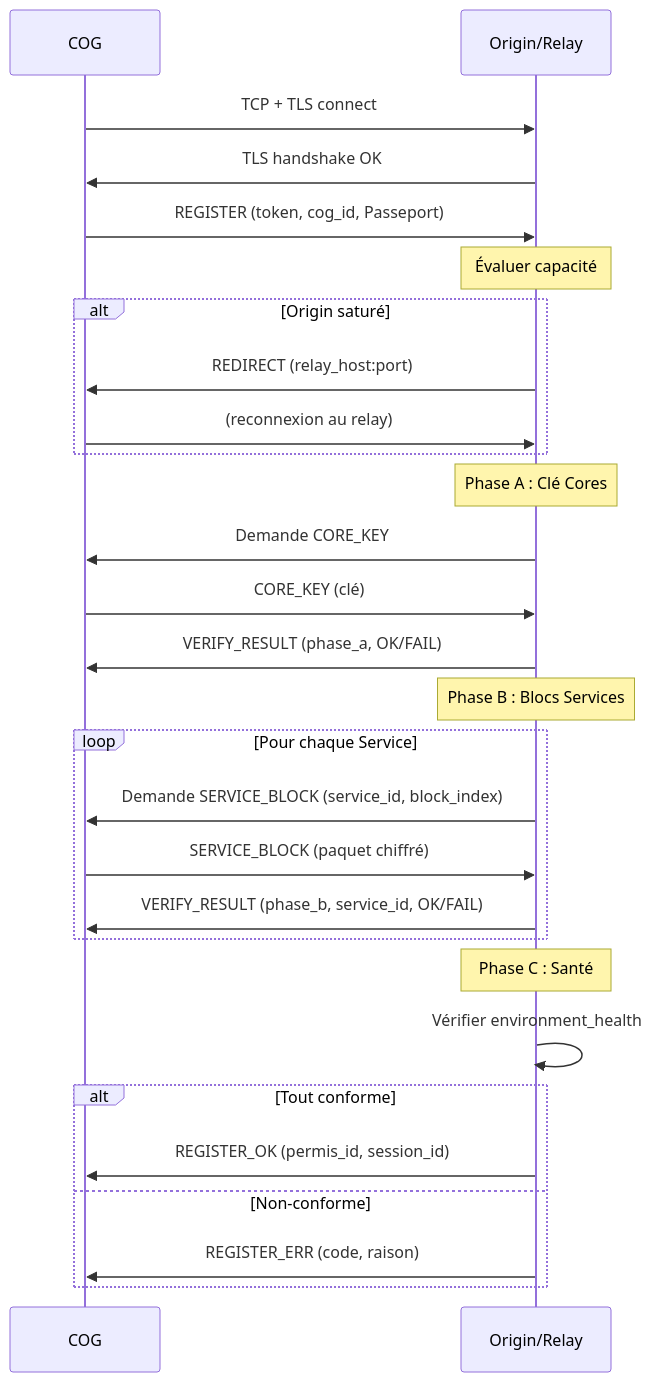
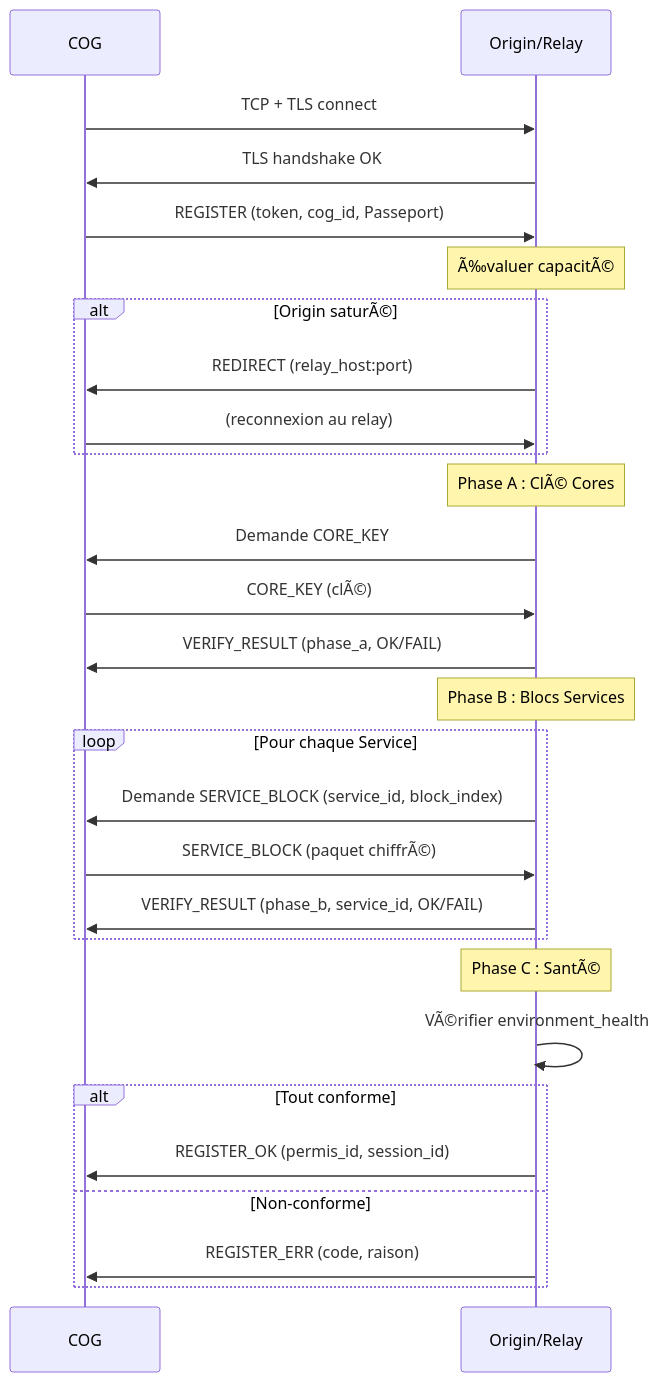
The diagram in docs/miyukini-webway-system/protocole/MWS - Protocole Relay.md (StudioMiyukini/miyukini_cog), drawn with Mermaid before and after one commit. The commit also changed other lines of this file and 1287 other files, not shown here.

````diff
--- a/docs/miyukini-webway-system/protocole/MWS - Protocole Relay.md
+++ b/docs/miyukini-webway-system/protocole/MWS - Protocole Relay.md
@@ -99,36 +99,36 @@
 ```mermaid
 sequenceDiagram
     participant COG as COG
     participant O as Origin/Relay
 
     COG->>O: TCP + TLS connect
     O->>COG: TLS handshake OK
 
     COG->>O: REGISTER (token, cog_id, Passeport)
-    Note over O: Évaluer capacité
-    alt Origin saturé
+    Note over O: Ã‰valuer capacitÃ©
+    alt Origin saturÃ©
         O->>COG: REDIRECT (relay_host:port)
         COG->>O: (reconnexion au relay)
     end
 
-    Note over O: Phase A : Clé Cores
+    Note over O: Phase A : ClÃ© Cores
     O->>COG: Demande CORE_KEY
-    COG->>O: CORE_KEY (clé)
+    COG->>O: CORE_KEY (clÃ©)
     O->>COG: VERIFY_RESULT (phase_a, OK/FAIL)
 
     Note over O: Phase B : Blocs Services
     loop Pour chaque Service
         O->>COG: Demande SERVICE_BLOCK (service_id, block_index)
-        COG->>O: SERVICE_BLOCK (paquet chiffré)
+        COG->>O: SERVICE_BLOCK (paquet chiffrÃ©)
         O->>COG: VERIFY_RESULT (phase_b, service_id, OK/FAIL)
     end
 
-    Note over O: Phase C : Santé
-    O->>O: Vérifier environment_health
+    Note over O: Phase C : SantÃ©
+    O->>O: VÃ©rifier environment_health
 
     alt Tout conforme
         O->>COG: REGISTER_OK (permis_id, session_id)
     else Non-conforme
         O->>COG: REGISTER_ERR (code, raison)
     end
 ```
````
